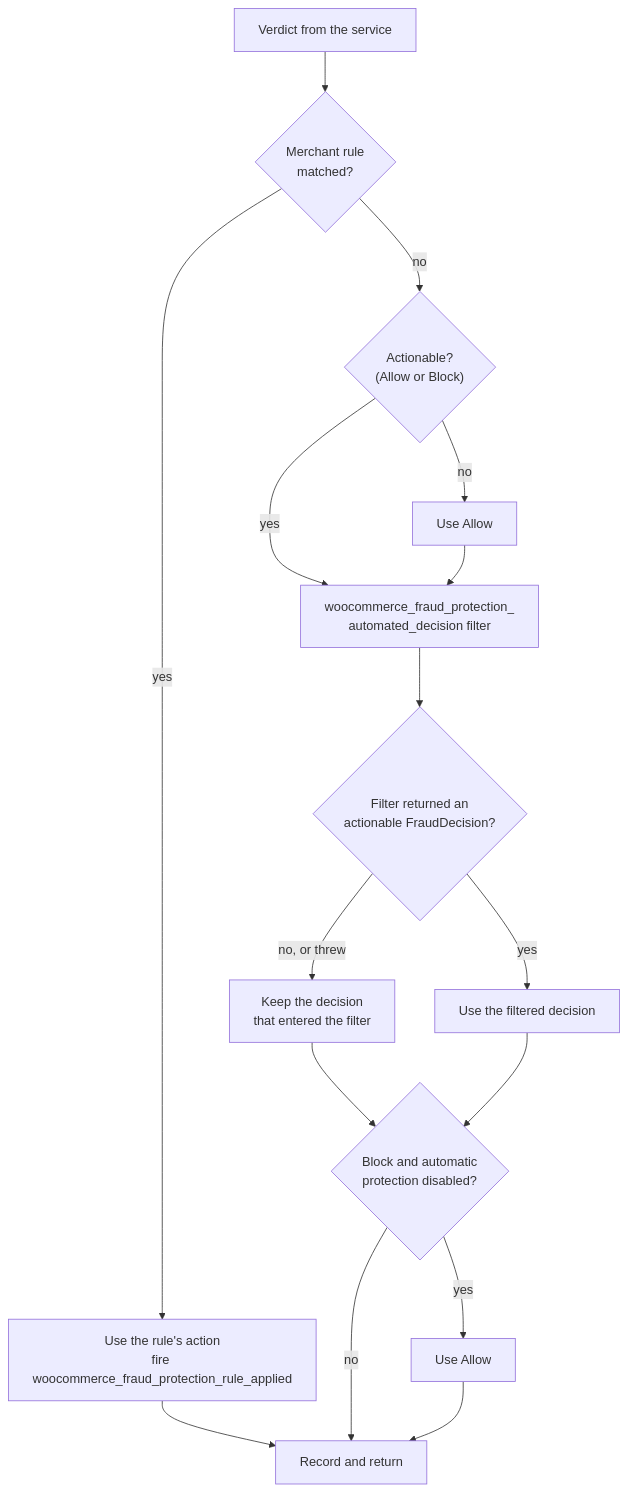
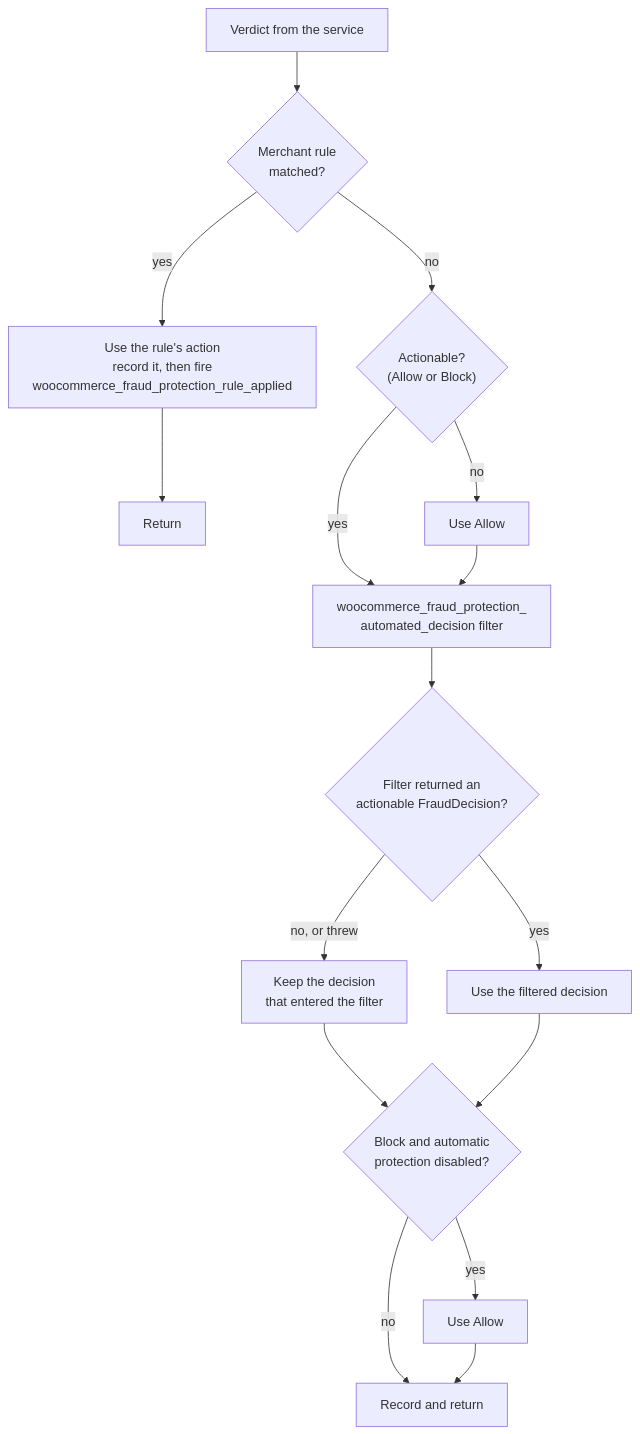
One commit to woocommerce/woocommerce-fraud-protection changed the fourth of 7 diagrams in docs/tutorial/03-fraud-protection.md. Above: the diagram before and after it, drawn with Mermaid. The commit also changed other lines of this file and 3 other files, not shown here.

````diff
--- a/docs/tutorial/03-fraud-protection.md
+++ b/docs/tutorial/03-fraud-protection.md
@@ -232,18 +232,18 @@
 ```mermaid
 flowchart TD
     A["Verdict from the service"] --> B{"Merchant rule<br/>matched?"}
-    B -- yes --> C["Use the rule's action<br/>fire woocommerce_fraud_protection_rule_applied"]
-    C --> Z["Record and return"]
+    B -- yes --> C["Use the rule's action<br/>record it, then fire<br/>woocommerce_fraud_protection_rule_applied"]
+    C --> Y["Return"]
     B -- no --> D{"Actionable?<br/>(Allow or Block)"}
     D -- no --> E["Use Allow"]
     D -- yes --> F["woocommerce_fraud_protection_<br/>automated_decision filter"]
     E --> F
     F --> G{"Filter returned an<br/>actionable FraudDecision?"}
     G -- "no, or threw" --> H["Keep the decision<br/>that entered the filter"]
     G -- yes --> I["Use the filtered decision"]
     H --> J{"Block and automatic<br/>protection disabled?"}
     I --> J
     J -- yes --> K["Use Allow"]
-    J -- no --> Z
+    J -- no --> Z["Record and return"]
     K --> Z
 ```
````
